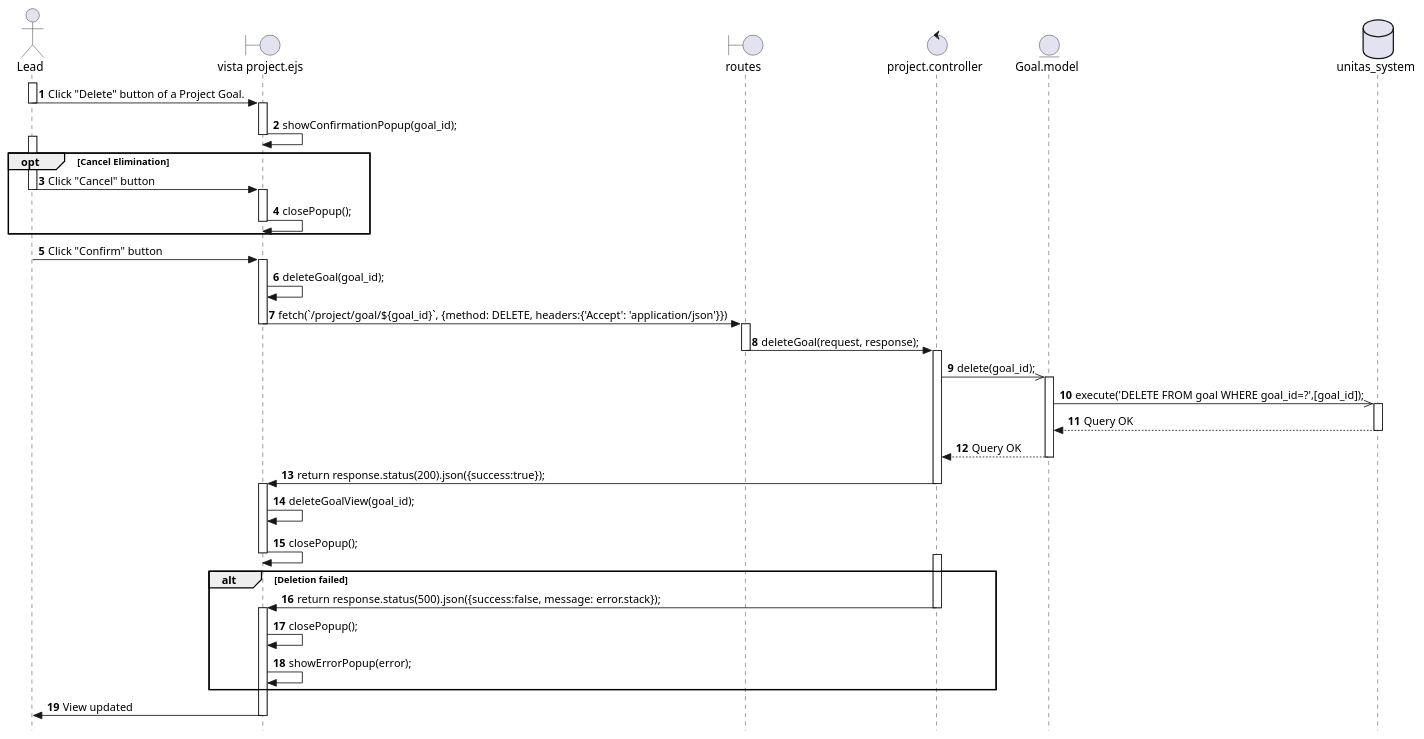
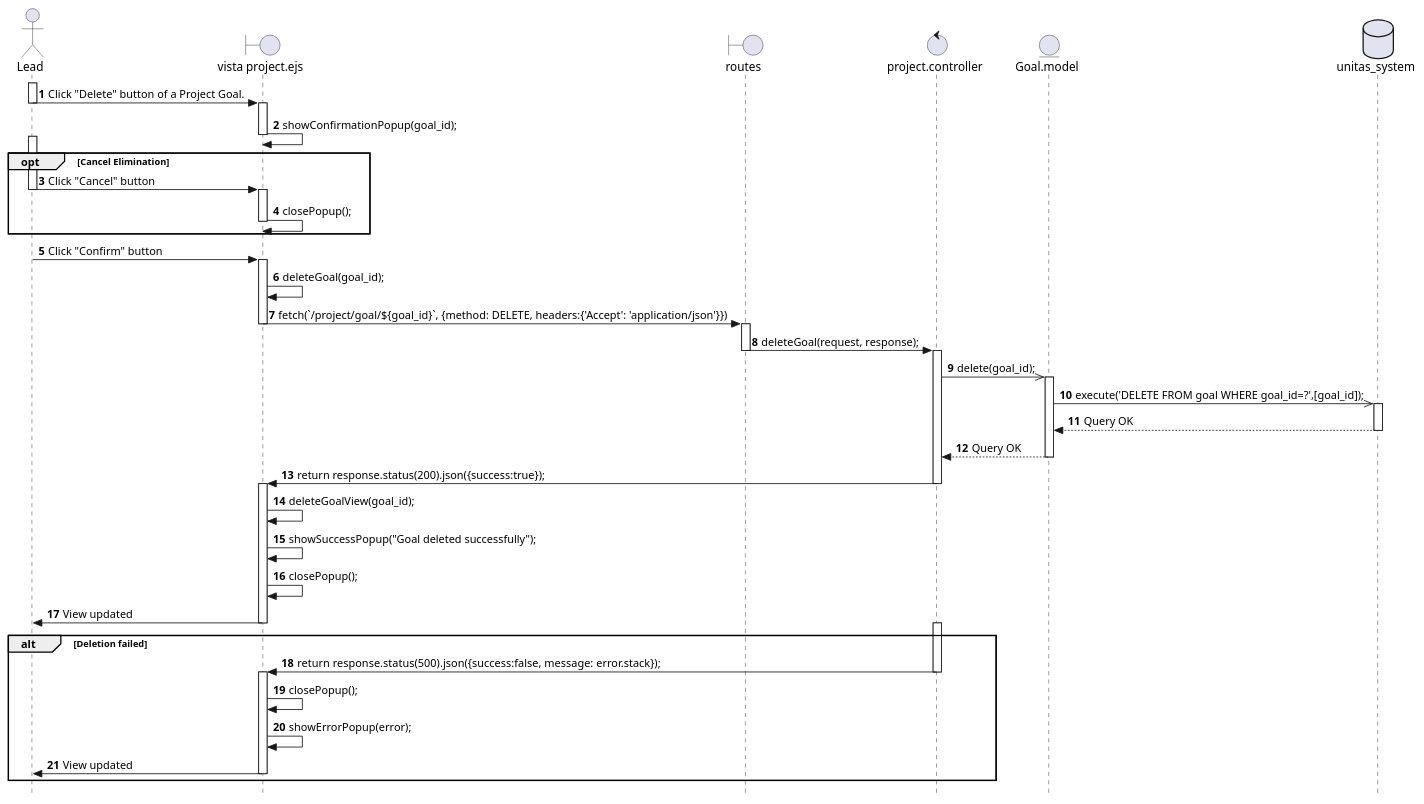
The diagram in documentation/sequence_diagrams/PROJ-11-SD.puml (Berthou05/LimboSoftwareDevelopment_Change.org), drawn with PlantUML before and after one commit. The commit also changed 3 other files, not shown here.

Commit message:
[DOCS]: Corrections of PROJ-02, 10, 11, 13. Sequence Diagram. Validated by Camila.

```diff
--- a/documentation/sequence_diagrams/PROJ-11-SD.puml
+++ b/documentation/sequence_diagrams/PROJ-11-SD.puml
@@ -1,69 +1,72 @@
 @startuml
 skinparam style strictuml
 
 actor Lead as L
 boundary "vista project.ejs" as V
 boundary "routes" as RO
 control "project.controller" as C
 entity "Goal.model" as G
 database "unitas_system" as BD
 autonumber
 
 activate L
 L -> V:Click "Delete" button of a Project Goal.
 deactivate L
     activate V
     V -> V: showConfirmationPopup(goal_id);
     deactivate V
 
 
 opt Cancel Elimination
 activate L
 L -> V: Click "Cancel" button
 deactivate L
     activate V
     V -> V: closePopup();
     deactivate V
 end
 
 activate L
 L -> V: Click "Confirm" button
 deactivate L
     activate V
     V -> V: deleteGoal(goal_id);
     V -> RO: fetch(`/project/goal/${goal_id}`, {method: DELETE, headers:{'Accept': 'application/json'}})
     deactivate V
         activate RO
             RO -> C: deleteGoal(request, response);
         deactivate RO
             activate C
             C ->> G: delete(goal_id);
                 activate G
                 G->>BD: execute('DELETE FROM goal WHERE goal_id=?',[goal_id]);
                     activate BD
                     BD-->G: Query OK
                     deactivate BD
                 G-->C: Query OK
                 deactivate G
                 C->V: return response.status(200).json({success:true});
             deactivate C
     activate V
     V->V: deleteGoalView(goal_id);
+    V->V: showSuccessPopup("Goal deleted successfully");
     V->V: closePopup();
+    V->L: View updated
     deactivate V
 
     alt Deletion failed
             activate C
                 C->V: return response.status(500).json({success:false, message: error.stack});        
             deactivate C
     activate V
     V->V: closePopup();
-    V->V: showErrorPopup(error);
+    V->V: showErrorPopup(error);    
+    V->L: View updated
+    deactivate V
     end
     
-    V->L: View updated
-    deactivate V
+
 
 
 
 @enduml
```
